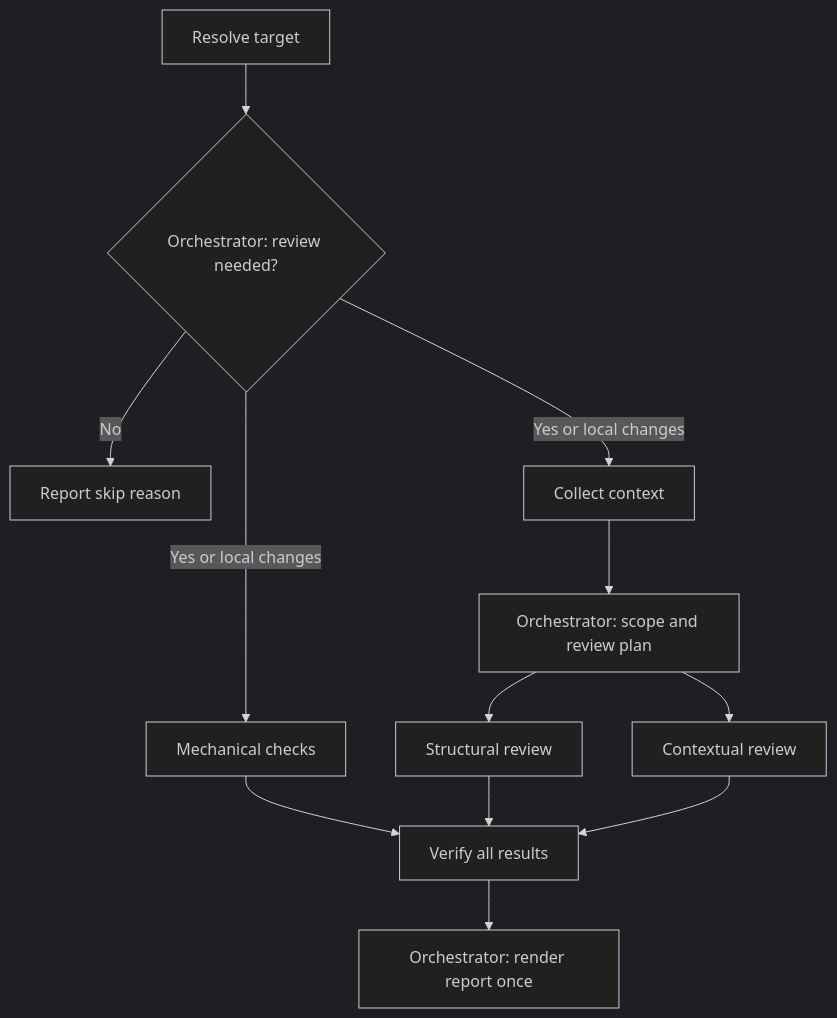
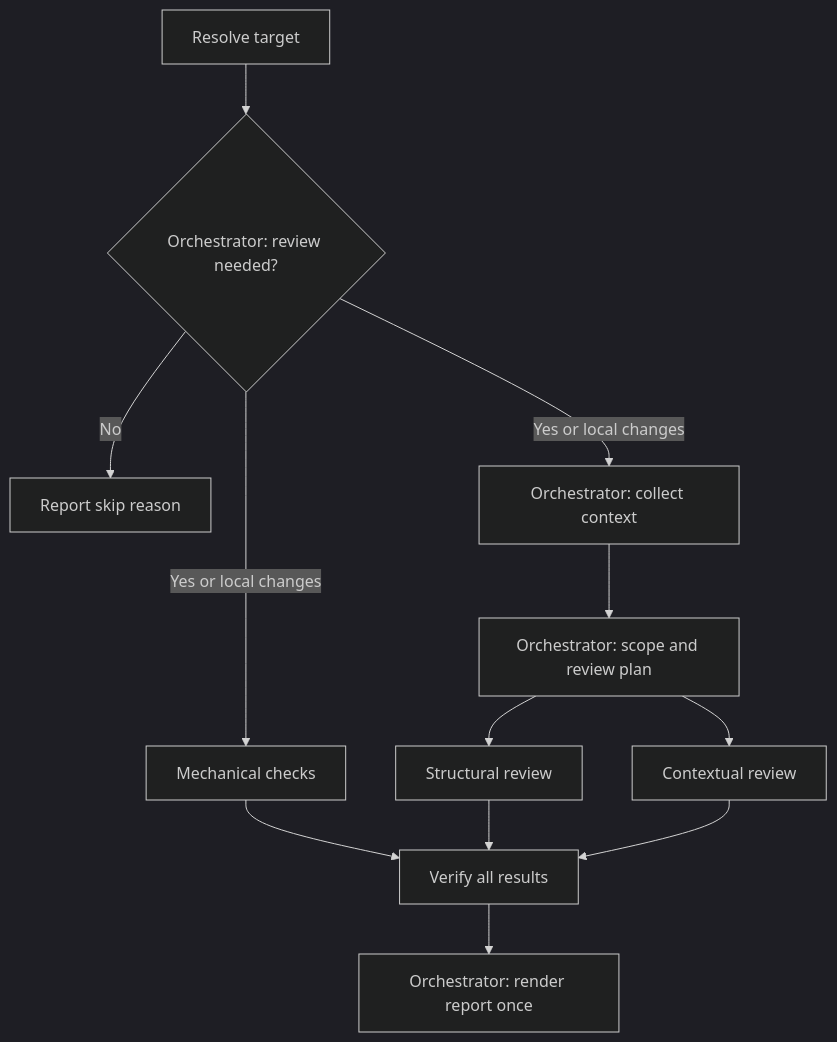
One commit to takuto-san/review changed the diagram in README.md. Above: the diagram before and after it, drawn with Mermaid (dark theme). The commit also changed other lines of this file and 21 other files, not shown here.

````diff
--- a/README.md
+++ b/README.md
@@ -67,14 +65,14 @@
 ```mermaid
 flowchart TD
     A[Resolve target] --> B{Orchestrator: review needed?}
     B -->|No| X[Report skip reason]
-    B -->|Yes or local changes| C[Collect context]
+    B -->|Yes or local changes| C[Orchestrator: collect context]
     B -->|Yes or local changes| M[Mechanical checks]
     C --> P[Orchestrator: scope and review plan]
     P --> S[Structural review]
     P --> T[Contextual review]
     M --> V[Verify all results]
     S --> V
     T --> V
     V --> R[Orchestrator: render report once]
 ```
````
